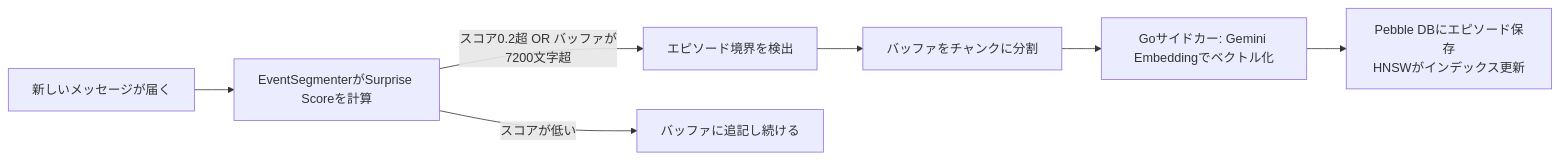
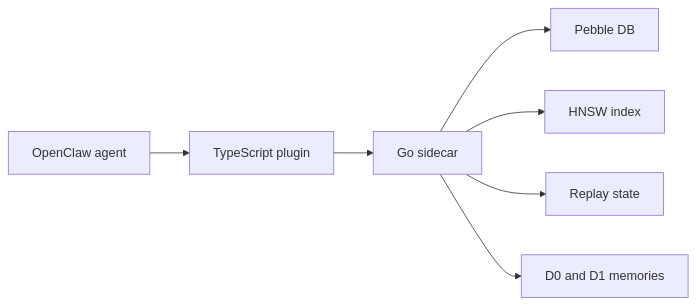
One commit to YoshiaKefasu/episodic-claw changed the diagram in README.ja.md. Above: the diagram before and after it, drawn with Mermaid. The commit also changed other lines of this file and 2 other files, not shown here.

````diff
--- a/README.ja.md
+++ b/README.ja.md
@@ -73,9 +52,9 @@
 ```mermaid
 flowchart LR
-    A[新しいメッセージが届く] --> B[EventSegmenterがSurprise Scoreを計算]
-    B -->|スコア0.2超 OR バッファが7200文字超| C[エピソード境界を検出]
-    C --> D[バッファをチャンクに分割]
-    D --> E[Goサイドカー: Gemini Embeddingでベクトル化]
-    E --> F[Pebble DBにエピソード保存\nHNSWがインデックス更新]
-    B -->|スコアが低い| G[バッファに追記し続ける]
+    A["OpenClaw agent"] --> B["TypeScript plugin"]
+    B --> C["Go sidecar"]
+    C --> D["Pebble DB"]
+    C --> E["HNSW index"]
+    C --> F["Replay state"]
+    C --> G["D0 and D1 memories"]
 ```
````
